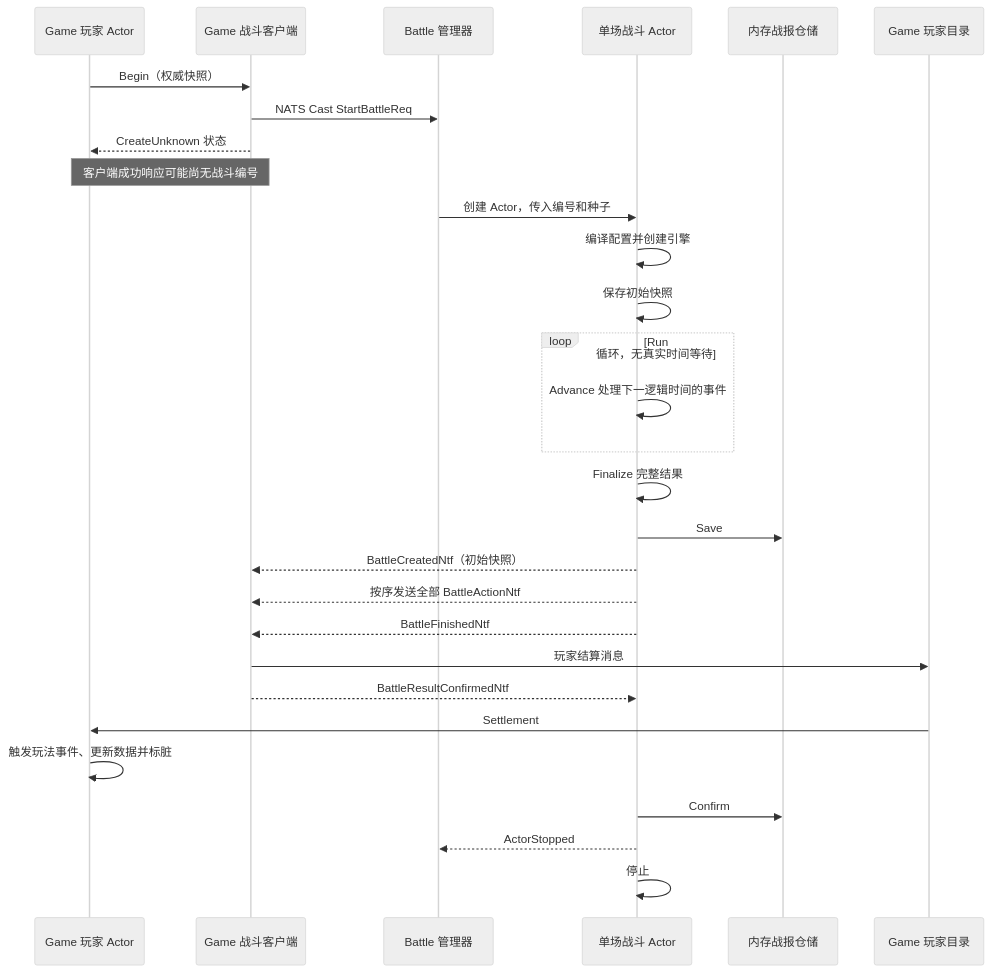
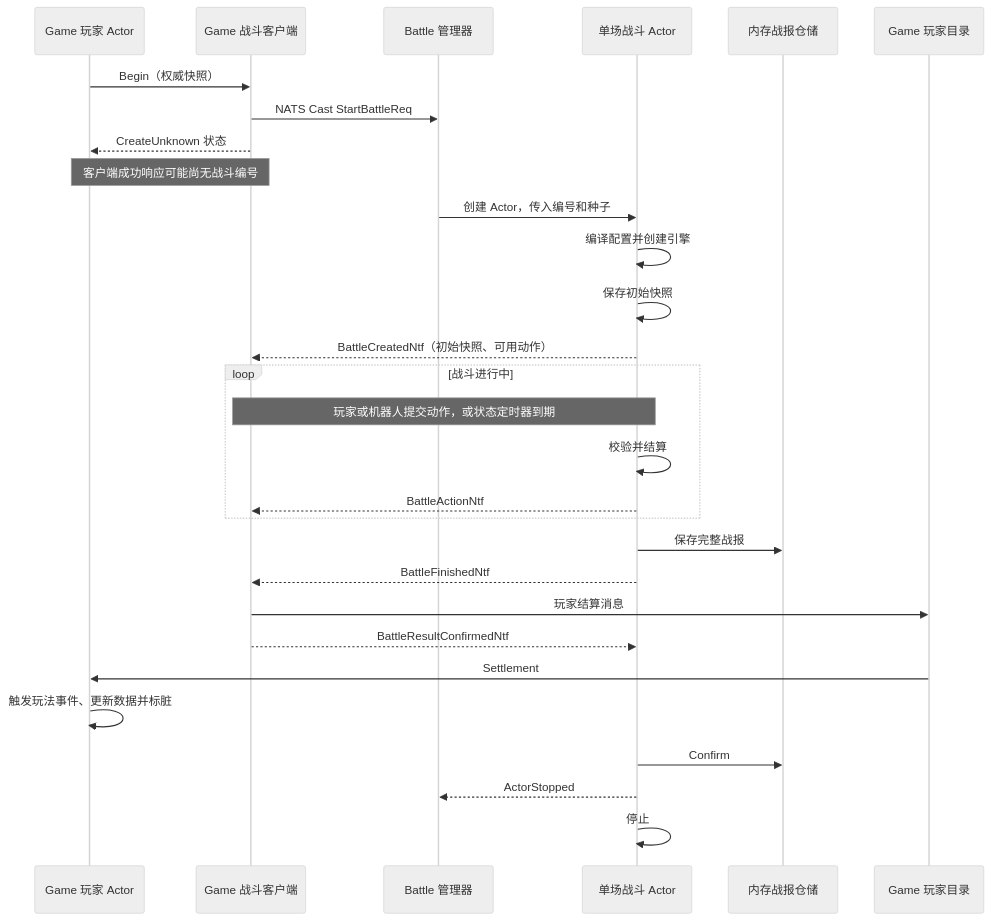
One commit to gogu-x/gogs changed the second of 2 diagrams in battle/BATTLE_BACKEND.md. Above: the diagram before and after it, drawn with Mermaid (neutral theme). The commit also changed other lines of this file and 37 other files, not shown here.

````diff
--- a/battle/BATTLE_BACKEND.md
+++ b/battle/BATTLE_BACKEND.md
@@ -82,31 +121,31 @@
 ```mermaid
 sequenceDiagram
     participant P as Game 玩家 Actor
     participant C as Game 战斗客户端
     participant M as Battle 管理器
     participant A as 单场战斗 Actor
     participant R as 内存战报仓储
     participant D as Game 玩家目录
     P->>C: Begin（权威快照）
     C->>M: NATS Cast StartBattleReq
     C-->>P: CreateUnknown 状态
     Note over P,C: 客户端成功响应可能尚无战斗编号
     M->>A: 创建 Actor，传入编号和种子
     A->>A: 编译配置并创建引擎
     A->>A: 保存初始快照
-    loop Run 循环，无真实时间等待
-        A->>A: Advance 处理下一逻辑时间的事件
+    A-->>C: BattleCreatedNtf（初始快照、可用动作）
+    loop 战斗进行中
+        Note over C,A: 玩家或机器人提交动作，或状态定时器到期
+        A->>A: 校验并结算
+        A-->>C: BattleActionNtf
     end
-    A->>A: Finalize 完整结果
-    A->>R: Save
-    A-->>C: BattleCreatedNtf（初始快照）
-    A-->>C: 按序发送全部 BattleActionNtf
+    A->>R: 保存完整战报
     A-->>C: BattleFinishedNtf
     C->>D: 玩家结算消息
     C-->>A: BattleResultConfirmedNtf
     D->>P: Settlement
     P->>P: 触发玩法事件、更新数据并标脏
     A->>R: Confirm
     A-->>M: ActorStopped
     A->>A: 停止
 ```
````
